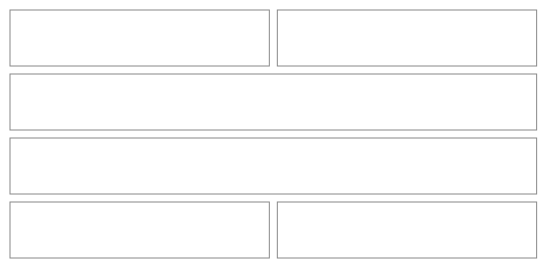
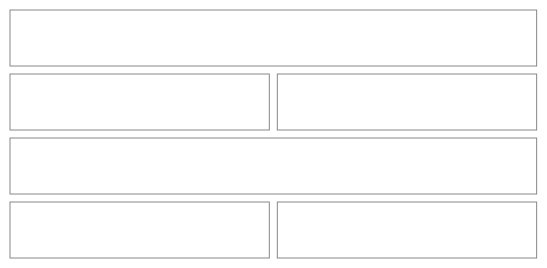
One commit to NovaMoonX/moondreams-dev-apps changed the fourth of 31 diagrams in src/apps/pinch/UX.md. Above: the diagram before and after it, drawn with Mermaid. The commit also changed other lines of this file and 206 other files, not shown here.

````diff
--- a/src/apps/pinch/UX.md
+++ b/src/apps/pinch/UX.md
@@ -105,17 +111,17 @@
 ```mermaid
 %%{init: {'theme': 'base', 'themeVariables': {'primaryColor': 'transparent', 'primaryBorderColor': '#888888', 'primaryTextColor': '#333333', 'lineColor': '#888888'}}}%%
 block-beta
   columns 2
-  F1["Spent this month<br/>$0.00"]:1
+  F3["Calendar   ⚙️   + Add"]:2
+  F1["Cost this month<br/>$0.00"]:1
   F2["Average per meal<br/>—"]:1
-  F3["‹   October 2026   ›   ⚙️"]:2
   F4["An empty month is fine. Plan your first meal, or add a recipe to plan from."]:2
   F5["Plan your first meal"]:1
   F6["Add a recipe"]:1
   style F1 fill:transparent,stroke:#888888,stroke-width:1px;
   style F2 fill:transparent,stroke:#888888,stroke-width:1px;
   style F3 fill:transparent,stroke:#888888,stroke-width:1px;
   style F4 fill:transparent,stroke:#888888,stroke-width:1px;
   style F5 fill:transparent,stroke:#888888,stroke-width:1px;
   style F6 fill:transparent,stroke:#888888,stroke-width:1px;
 ```
````
